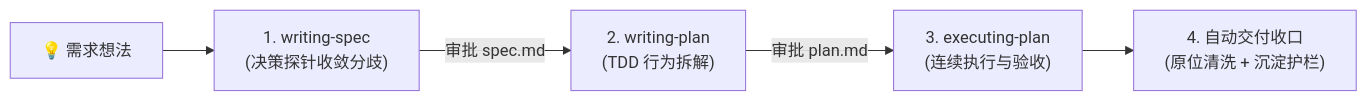
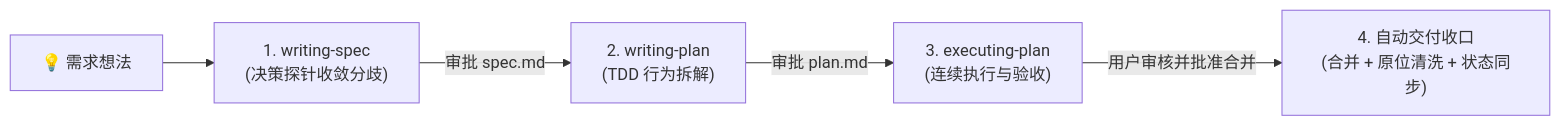
Before and after one commit to ccasJay/LazySpec: the diagram in README.md, drawn with Mermaid. The commit also changed other lines of this file and 30 other files, not shown here.

````diff
--- a/README.md
+++ b/README.md
@@ -21,7 +21,7 @@
 ```mermaid
 flowchart LR
     A["💡 需求想法"] --> B["1. writing-spec<br/>(决策探针收敛分歧)"]
     B -->|审批 spec.md| C["2. writing-plan<br/>(TDD 行为拆解)"]
     C -->|审批 plan.md| D["3. executing-plan<br/>(连续执行与验收)"]
-    D --> E["4. 自动交付收口<br/>(原位清洗 + 沉淀护栏)"]
+    D -->|用户审核并批准合并| E["4. 自动交付收口<br/>(合并 + 原位清洗 + 状态同步)"]
 ```
````
